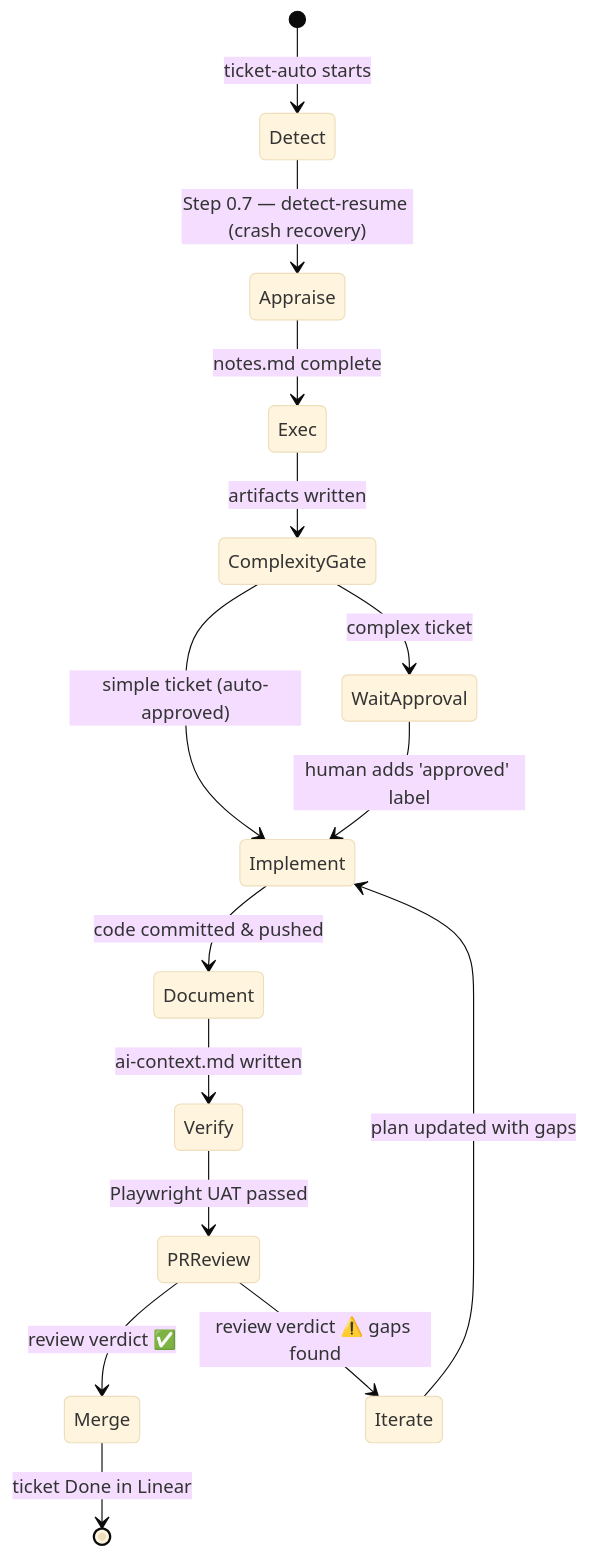
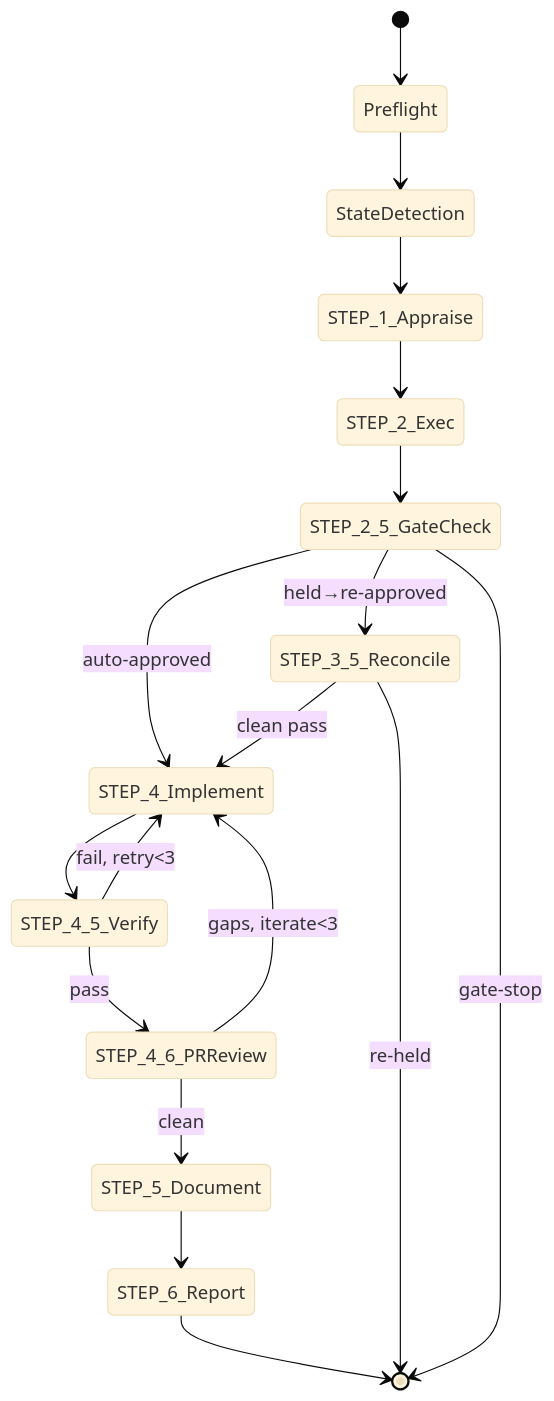
Before and after one commit to willard-pro/claude-plugins: the diagram in ticket-auto-pipeline/docs/skills/ticket-auto.md, drawn with Mermaid (base theme). The commit also changed other lines of this file and 39 other files, not shown here.

````diff
--- a/ticket-auto-pipeline/docs/skills/ticket-auto.md
+++ b/ticket-auto-pipeline/docs/skills/ticket-auto.md
@@ -36,17 +38,20 @@
 ```mermaid
 stateDiagram-v2
-    [*] --> Detect: ticket-auto starts
-    Detect --> Appraise: Step 0.7 — detect-resume (crash recovery)
-    Appraise --> Exec: notes.md complete
-    Exec --> ComplexityGate: artifacts written
-    ComplexityGate --> Implement: simple ticket (auto-approved)
-    ComplexityGate --> WaitApproval: complex ticket
-    WaitApproval --> Implement: human adds 'approved' label
-    Implement --> Document: code committed & pushed
-    Document --> Verify: ai-context.md written
-    Verify --> PRReview: Playwright UAT passed
-    PRReview --> Merge: review verdict ✅
-    PRReview --> Iterate: review verdict ⚠️ gaps found
-    Iterate --> Implement: plan updated with gaps
-    Merge --> [*]: ticket Done in Linear
+    [*] --> Preflight
+    Preflight --> StateDetection
+    StateDetection --> STEP_1_Appraise
+    STEP_1_Appraise --> STEP_2_Exec
+    STEP_2_Exec --> STEP_2_5_GateCheck
+    STEP_2_5_GateCheck --> STEP_4_Implement : auto-approved
+    STEP_2_5_GateCheck --> STEP_3_5_Reconcile : held→re-approved
+    STEP_2_5_GateCheck --> [*] : gate-stop
+    STEP_3_5_Reconcile --> STEP_4_Implement : clean pass
+    STEP_3_5_Reconcile --> [*] : re-held
+    STEP_4_Implement --> STEP_4_5_Verify
+    STEP_4_5_Verify --> STEP_4_Implement : fail, retry<3
+    STEP_4_5_Verify --> STEP_4_6_PRReview : pass
+    STEP_4_6_PRReview --> STEP_4_Implement : gaps, iterate<3
+    STEP_4_6_PRReview --> STEP_5_Document : clean
+    STEP_5_Document --> STEP_6_Report
+    STEP_6_Report --> [*]
 ```
````
